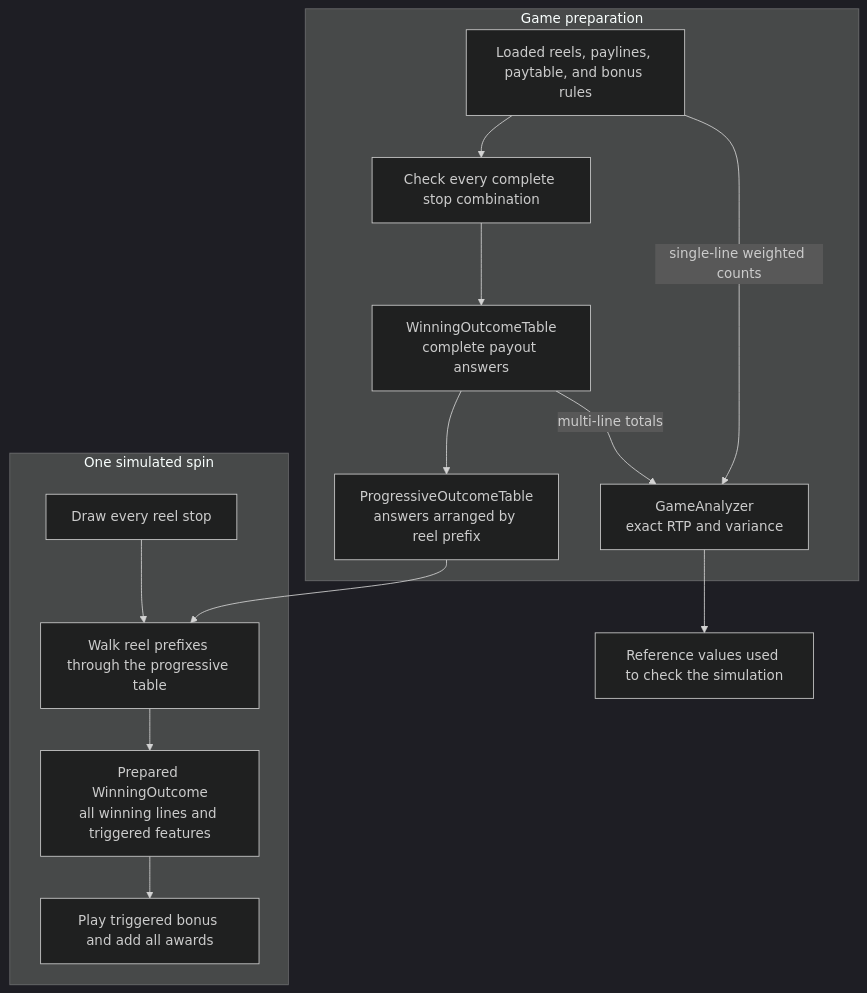
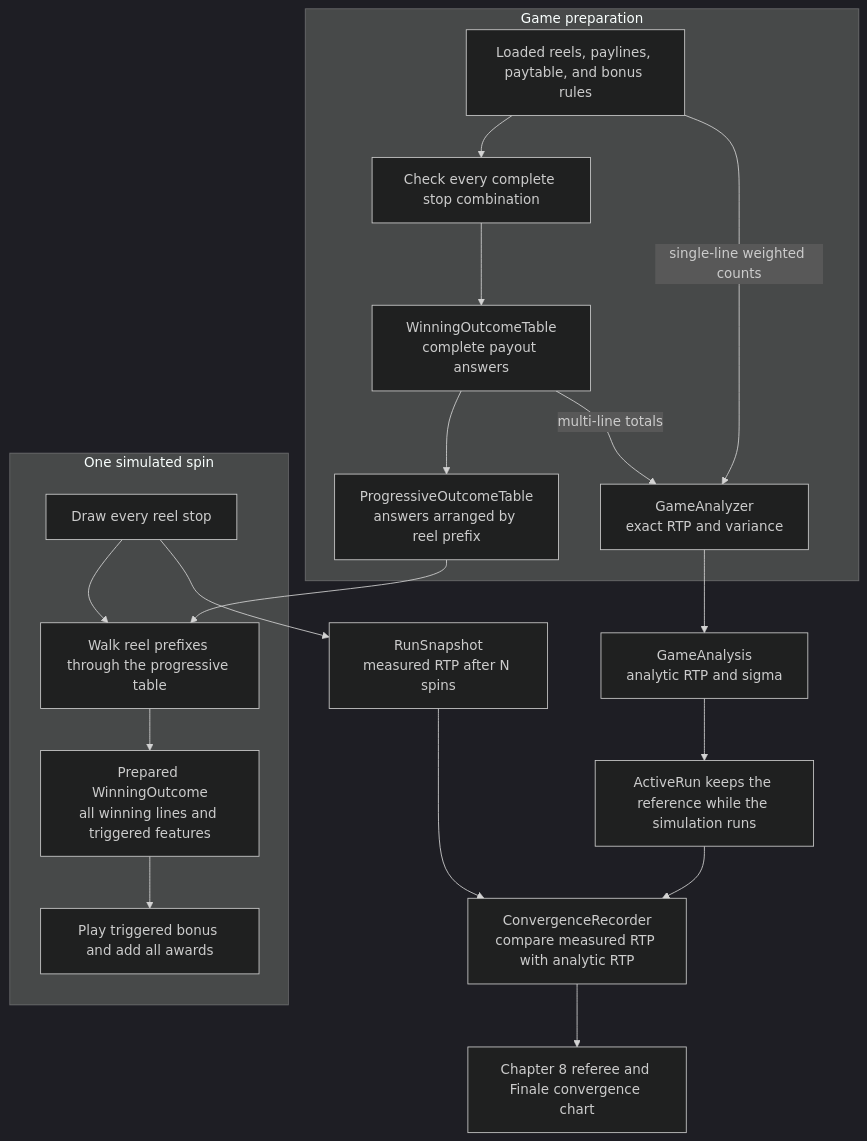
One commit to mmpworks/MMP.SlotDemo changed the first of 4 diagrams in docs/articles/05-weighted-enumeration.md. Above: the diagram before and after it, drawn with Mermaid (dark theme). The commit also changed other lines of this file and 1 other file, not shown here.

````diff
--- a/docs/articles/05-weighted-enumeration.md
+++ b/docs/articles/05-weighted-enumeration.md
@@ -103,19 +103,24 @@
 ```mermaid
 flowchart TB
     subgraph PREP["Game preparation"]
         PAR["Loaded reels, paylines, paytable, and bonus rules"] --> BUILD["Check every complete stop combination"]
         BUILD --> WIN["WinningOutcomeTable<br/>complete payout answers"]
         WIN --> PROG["ProgressiveOutcomeTable<br/>answers arranged by reel prefix"]
         WIN -->|"multi-line totals"| MATH["GameAnalyzer<br/>exact RTP and variance"]
         PAR -->|"single-line weighted counts"| MATH
     end
 
     subgraph SPIN["One simulated spin"]
         DRAW["Draw every reel stop"] --> WALK["Walk reel prefixes through the progressive table"]
         WALK --> RESULT["Prepared WinningOutcome<br/>all winning lines and triggered features"]
         RESULT --> PAY["Play triggered bonus and add all awards"]
     end
 
     PROG --> WALK
-    MATH --> CHECK["Reference values used to check the simulation"]
+    MATH --> REPORT["GameAnalysis<br/>analytic RTP and sigma"]
+    REPORT --> ACTIVE["ActiveRun keeps the reference while the simulation runs"]
+    DRAW --> TOTALS["RunSnapshot<br/>measured RTP after N spins"]
+    ACTIVE --> COMPARE["ConvergenceRecorder<br/>compare measured RTP with analytic RTP"]
+    TOTALS --> COMPARE
+    COMPARE --> CHART["Chapter 8 referee and Finale convergence chart"]
 ```
````
